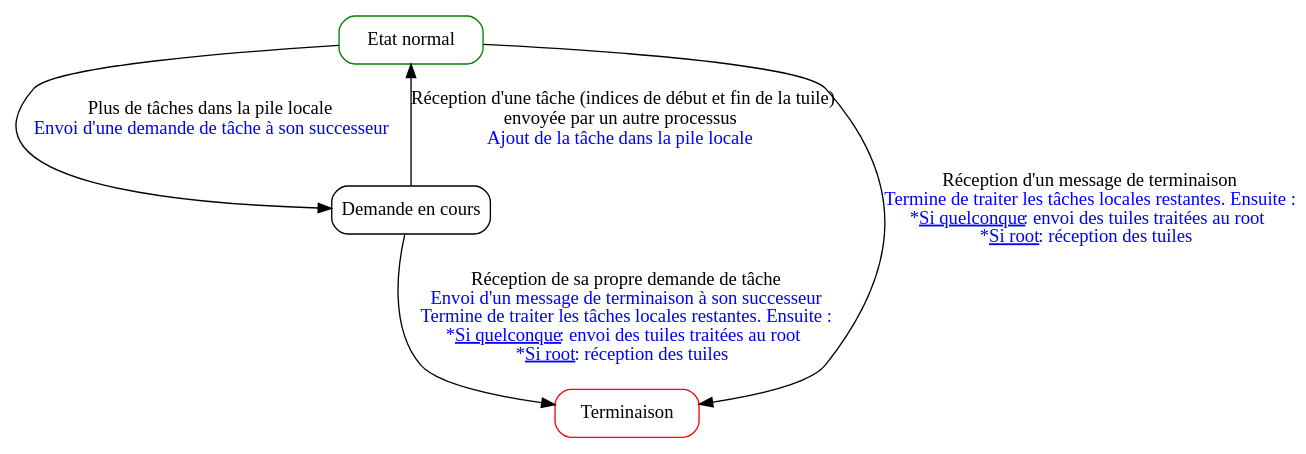
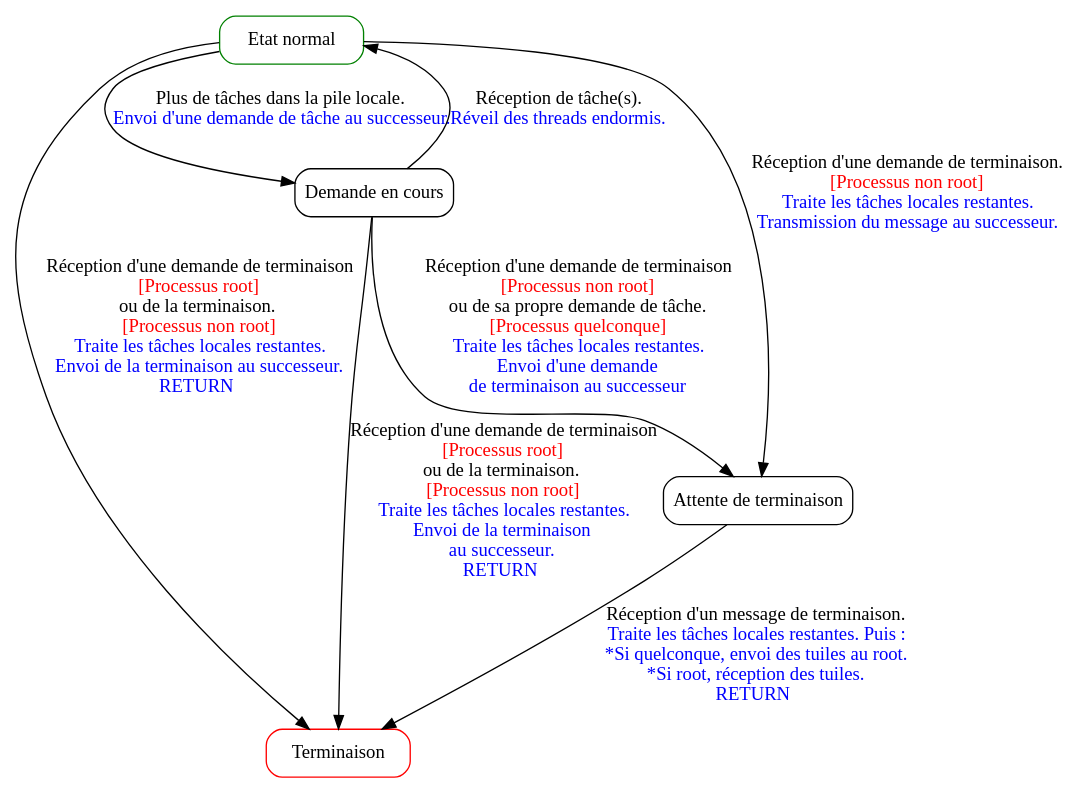
Before and after one commit to ahonorat/projectsENSEIRB: the diagram in automate.dot, drawn with Graphviz. The commit also changed 15 other files, not shown here.

```diff
--- a/automate.dot
+++ b/automate.dot
@@ -1,44 +1,57 @@
 digraph coherence {
 
 graph [fontname = "times"];
 node [fontname = "times"];
 edge [fontname = "times"];
 
     node
         [shape=Mrecord width=1.5];
 
     subgraph process_automaton {
 
         label="Process";
 
         //
         // States (Nodes)
         //
 
         "Process::Normal"
             [root="true" color="green" label="{Etat normal}"];
 
         "Process::Demande"
             [label="{Demande en cours}"];
 
         "Process::Terminaison"
             [color="red" label="{Terminaison}"];
 
+	"Process::AttenteTerminaison"
+            [label="{Attente de terminaison}"];
+	    
         //
         // Transitions (Edges)
         //
 
         "Process::Normal" -> "Process::Demande"
-            [label=<Plus de tâches dans la pile locale<BR/><FONT color="blue">Envoi d'une demande de tâche à son successeur</FONT>>];
+            [label=<Plus de tâches dans la pile locale.<BR/><FONT color="blue">Envoi d'une demande de tâche au successeur.</FONT>>];
 
         "Process::Demande" -> "Process::Normal"
-            [label=<Réception d'une tâche (indices de début et fin de la tuile)<BR/>envoyée par un autre processus<BR/><FONT color="blue">Ajout de la tâche dans la pile locale</FONT>>];
+            [label=<Réception de tâche(s).<BR/><FONT color="blue">Réveil des threads endormis.</FONT>>];
+
+	"Process::AttenteTerminaison" -> "Process::Terminaison"   
+	    [label=<Réception d'un message de terminaison.<BR/><FONT color="blue">Traite les tâches locales restantes. Puis :<BR/>*Si quelconque, envoi des tuiles au root.<BR/>*Si root, réception des tuiles.<BR/>RETURN</FONT>>]
+	    
+        "Process::Normal" -> "Process::AttenteTerminaison"
+            [label=<Réception d'une demande de terminaison.<BR/><FONT color="red">[Processus non root]</FONT><BR/><FONT color="blue">Traite les tâches locales restantes.<BR/>Transmission du message au successeur.</FONT>>];
 
         "Process::Normal" -> "Process::Terminaison"
-            [label=<Réception d'un message de terminaison<BR/><FONT color="blue">Termine de traiter les tâches locales restantes. Ensuite :<BR/>*<u>Si quelconque</u> : envoi des tuiles traitées au root<BR/>*<u>Si root</u> : réception des tuiles</FONT>>];
+            [label=<Réception d'une demande de terminaison<BR/><FONT color="red">[Processus root]</FONT><BR/>ou de la terminaison.<BR/><FONT color="red">[Processus non root]</FONT><BR/><FONT color="blue">Traite les tâches locales restantes.<BR/>Envoi de la terminaison au successeur.<BR/>RETURN</FONT>>];
+	    
+        "Process::Demande" -> "Process::AttenteTerminaison"
+            [label=<Réception d'une demande de terminaison<BR/><FONT color="red">[Processus non root]</FONT><BR/>ou de sa propre demande de tâche.<BR/><FONT color="red">[Processus quelconque]</FONT><BR/><FONT color="blue">Traite les tâches locales restantes.<BR/>Envoi d'une demande<BR/>de terminaison au successeur</FONT>>];
 
-        "Process::Demande" -> "Process::Terminaison"
-            [label=<Réception de sa propre demande de tâche<BR/><FONT color="blue">Envoi d'un message de terminaison à son successeur<BR/>Termine de traiter les tâches locales restantes. Ensuite :<BR/>*<u>Si quelconque</u> : envoi des tuiles traitées au root<BR/>*<u>Si root</u> : réception des tuiles</FONT>>];
-    }
+	"Process::Demande" -> "Process::Terminaison"
+            [label=<Réception d'une demande de terminaison<BR/><FONT color="red">[Processus root]</FONT><BR/>ou de la terminaison.<BR/><FONT color="red">[Processus non root]</FONT><BR/><FONT color="blue">Traite les tâches locales restantes.<BR/>Envoi de la terminaison<BR/>au successeur.<BR/>RETURN</FONT>>];
 
 }
+
+}
```
